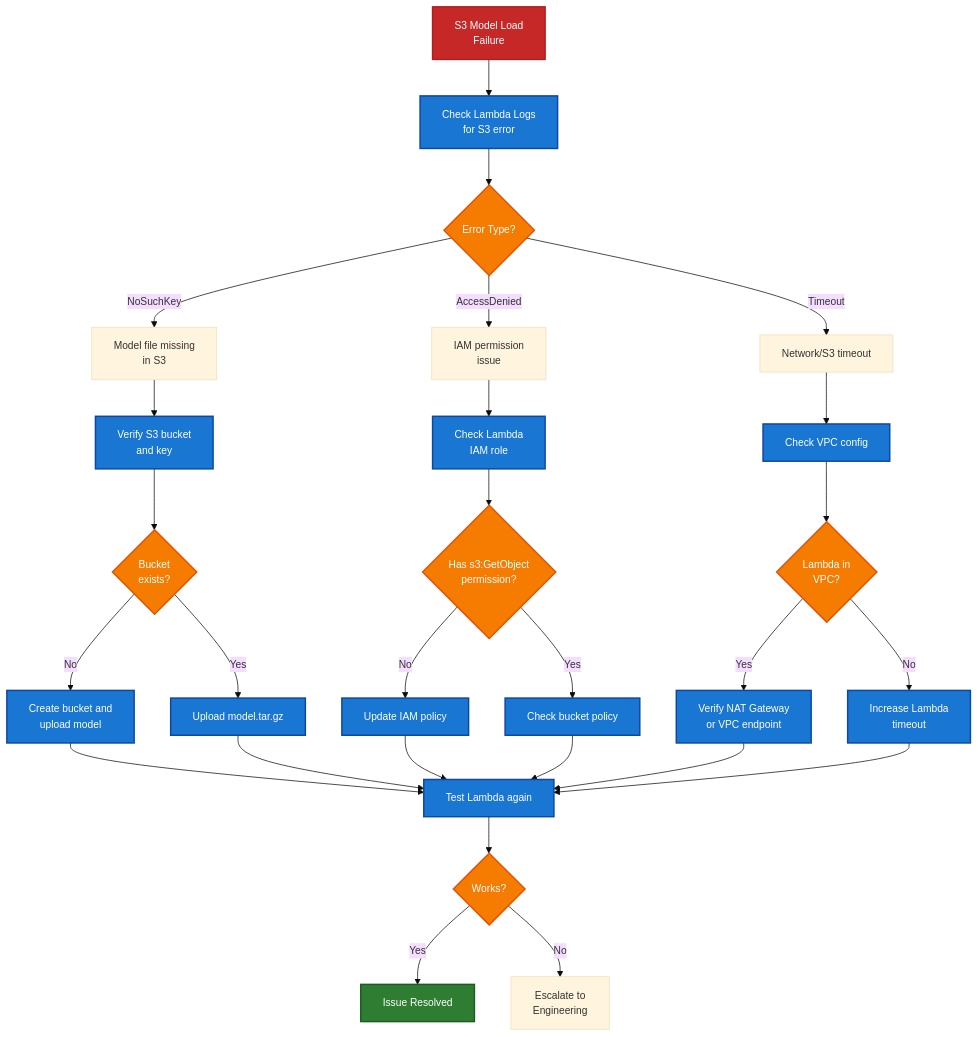
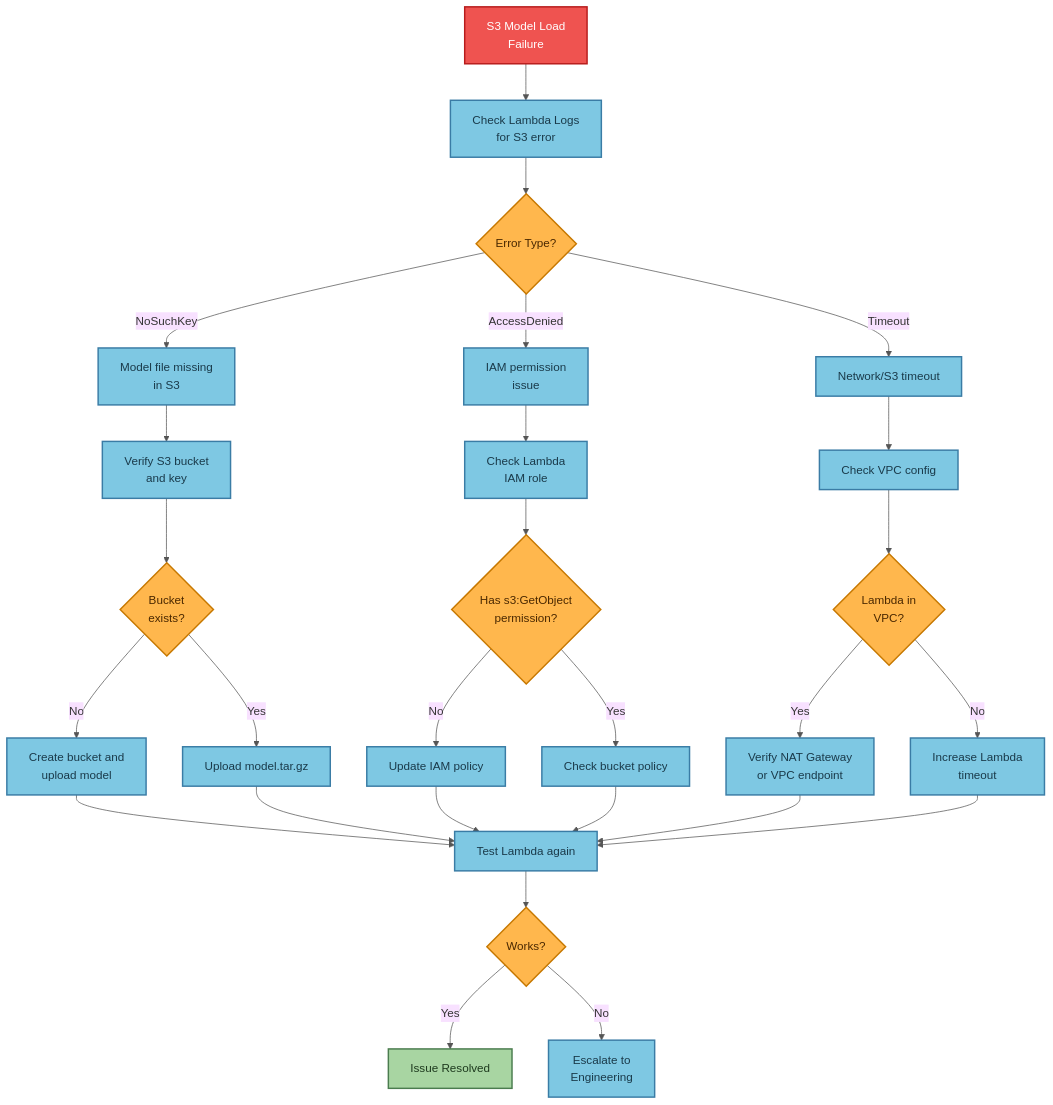
The eighth of 10 diagrams in docs/OPERATIONAL_FLOWS.md (traylorre/sentiment-analyzer-gsk), drawn with Mermaid before and after one commit. The commit also changed other lines of this file and 3 other files, not shown here.

First line of the commit message:
docs: Update mermaid diagrams with better contrast colors

````diff
--- a/docs/OPERATIONAL_FLOWS.md
+++ b/docs/OPERATIONAL_FLOWS.md
@@ -400,45 +400,45 @@
 ```mermaid
-%%{init: {'theme':'base', 'themeVariables': {'fontSize':'14px'}}}%%
+%%{init: {'theme':'base', 'themeVariables': {'primaryColor':'#fff8e1', 'primaryTextColor':'#333', 'primaryBorderColor':'#c9a227', 'lineColor':'#555'}}}%%
 flowchart TD
     LoadFail[S3 Model Load<br/>Failure] --> CheckLogs[Check Lambda Logs<br/>for S3 error]
     CheckLogs --> ErrorType{Error Type?}
     ErrorType -->|NoSuchKey| ModelMissing[Model file missing<br/>in S3]
     ErrorType -->|AccessDenied| PermissionError[IAM permission<br/>issue]
     ErrorType -->|Timeout| NetworkIssue[Network/S3 timeout]
 
     ModelMissing --> VerifyBucket[Verify S3 bucket<br/>and key]
     VerifyBucket --> BucketExists{Bucket<br/>exists?}
     BucketExists -->|No| CreateBucket[Create bucket and<br/>upload model]
     BucketExists -->|Yes| UploadModel[Upload model.tar.gz]
 
     PermissionError --> CheckIAM[Check Lambda<br/>IAM role]
     CheckIAM --> HasS3Perms{Has s3:GetObject<br/>permission?}
     HasS3Perms -->|No| UpdateIAM[Update IAM policy]
     HasS3Perms -->|Yes| CheckBucketPolicy[Check bucket policy]
 
     NetworkIssue --> CheckVPC[Check VPC config]
     CheckVPC --> InVPC{Lambda in<br/>VPC?}
     InVPC -->|Yes| CheckNAT[Verify NAT Gateway<br/>or VPC endpoint]
     InVPC -->|No| IncreaseTimeout[Increase Lambda<br/>timeout]
 
     CreateBucket --> TestAgain[Test Lambda again]
     UploadModel --> TestAgain
     UpdateIAM --> TestAgain
     CheckBucketPolicy --> TestAgain
     CheckNAT --> TestAgain
     IncreaseTimeout --> TestAgain
 
     TestAgain --> Success{Works?}
     Success -->|Yes| Complete[Issue Resolved]
     Success -->|No| Escalate[Escalate to<br/>Engineering]
 
-    classDef error fill:#c62828,stroke:#b71c1c,stroke-width:2px,color:#fff
-    classDef decision fill:#f57c00,stroke:#e65100,stroke-width:2px,color:#fff
-    classDef action fill:#1976d2,stroke:#0d47a1,stroke-width:2px,color:#fff
-    classDef success fill:#2e7d32,stroke:#1b5e20,stroke-width:2px,color:#fff
+    classDef errorNode fill:#ef5350,stroke:#b71c1c,stroke-width:2px,color:#fff
+    classDef decisionNode fill:#ffb74d,stroke:#c77800,stroke-width:2px,color:#4a2800
+    classDef actionNode fill:#7ec8e3,stroke:#3a7ca5,stroke-width:2px,color:#1a3a4a
+    classDef successNode fill:#a8d5a2,stroke:#4a7c4e,stroke-width:2px,color:#1e3a1e
 
-    class LoadFail error
-    class ErrorType,BucketExists,HasS3Perms,InVPC,Success decision
-    class CheckLogs,VerifyBucket,CheckIAM,CheckVPC,CreateBucket,UploadModel,UpdateIAM,CheckBucketPolicy,CheckNAT,IncreaseTimeout,TestAgain action
-    class Complete success
+    class LoadFail errorNode
+    class ErrorType,BucketExists,HasS3Perms,InVPC,Success decisionNode
+    class CheckLogs,VerifyBucket,CheckIAM,CheckVPC,CreateBucket,UploadModel,UpdateIAM,CheckBucketPolicy,CheckNAT,IncreaseTimeout,TestAgain,ModelMissing,PermissionError,NetworkIssue,Escalate actionNode
+    class Complete successNode
 ```
````
